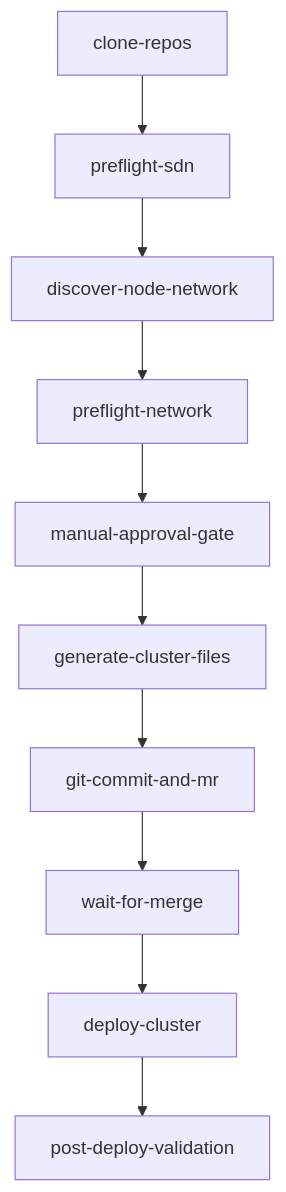
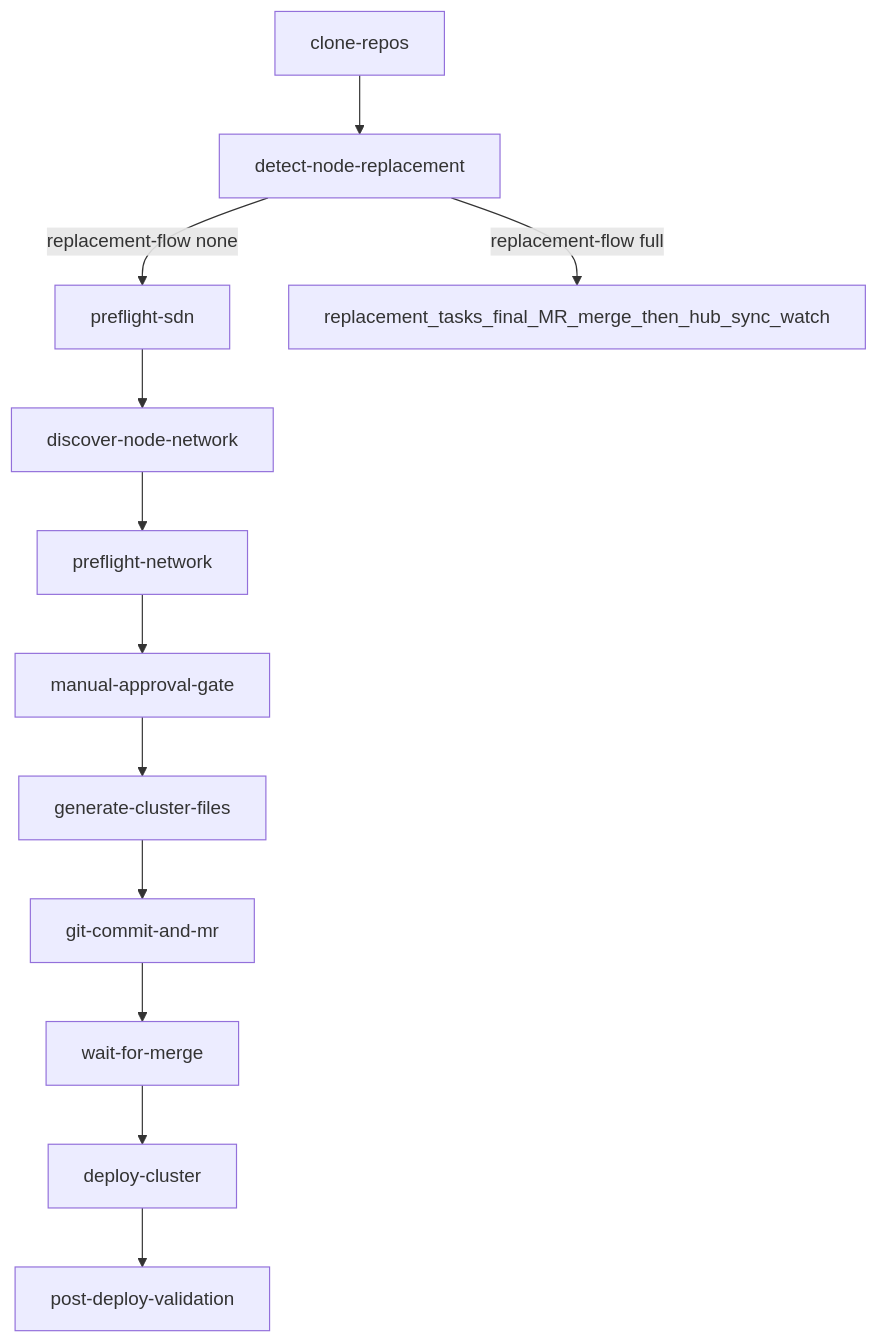
One commit to aprincipRedhat/rh-summit-gitops-tmobile changed the first of 5 diagrams in cluster-automation/README.md. Above: the diagram before and after it, drawn with Mermaid. The commit also changed other lines of this file and 50 other files, not shown here.

````diff
--- a/cluster-automation/README.md
+++ b/cluster-automation/README.md
@@ -25,12 +25,14 @@
 ```mermaid
 flowchart TD
-  A[clone-repos] --> B[preflight-sdn]
+  A[clone-repos] --> D[detect-node-replacement]
+  D -->|replacement-flow none| B[preflight-sdn]
   B --> C[discover-node-network]
-  C --> D[preflight-network]
-  D --> E[manual-approval-gate]
-  E --> F[generate-cluster-files]
-  F --> G[git-commit-and-mr]
-  G --> H[wait-for-merge]
-  H --> I[deploy-cluster]
-  I --> J[post-deploy-validation]
+  C --> E[preflight-network]
+  E --> F[manual-approval-gate]
+  F --> G[generate-cluster-files]
+  G --> H[git-commit-and-mr]
+  H --> I[wait-for-merge]
+  I --> J[deploy-cluster]
+  J --> K[post-deploy-validation]
+  D -->|replacement-flow full| R[replacement_tasks_final_MR_merge_then_hub_sync_watch]
 ```
````
